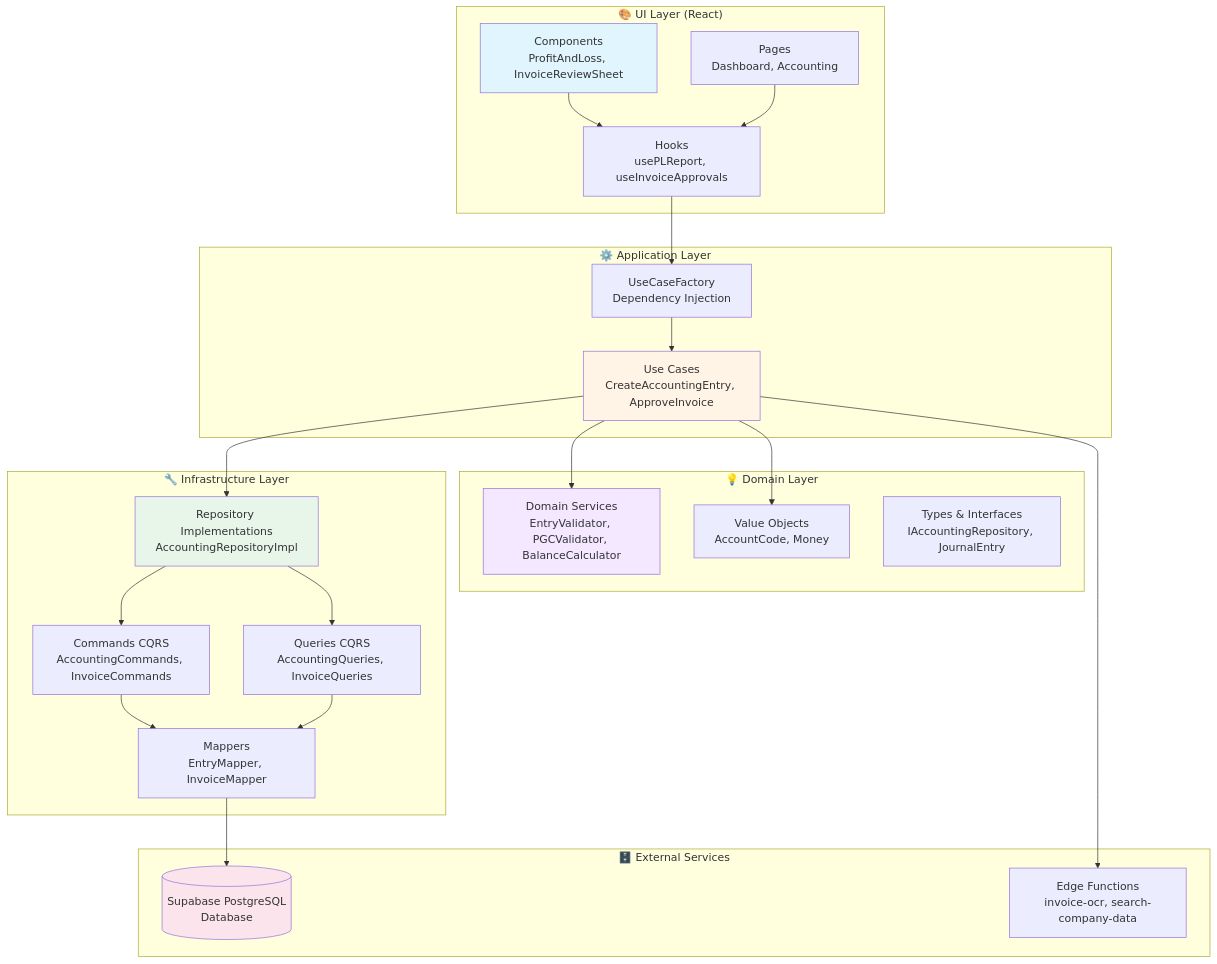
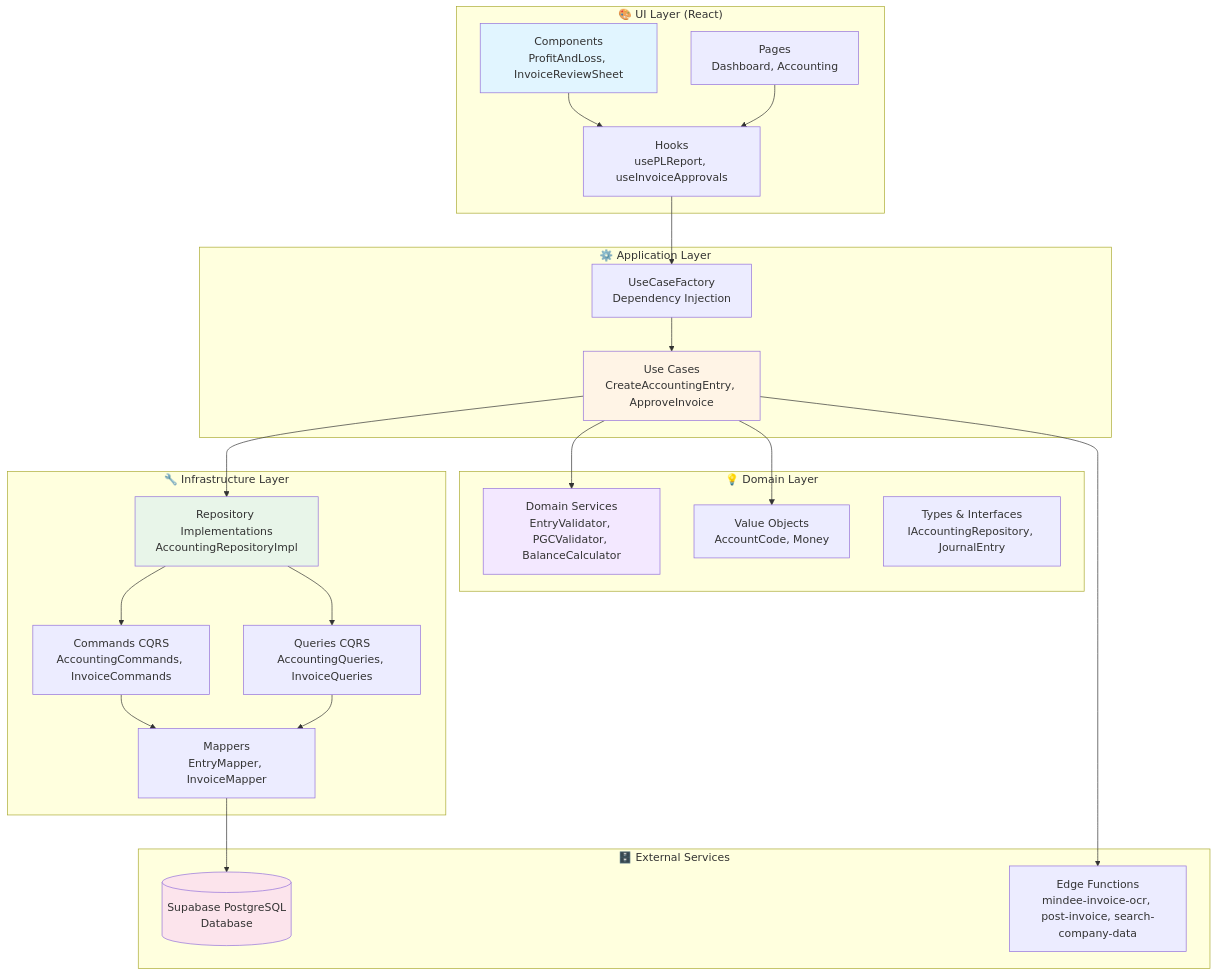
Before and after one commit to GlobalTax/franqui-conta-sync: the first of 2 diagrams in docs/ARCHITECTURE.md, drawn with Mermaid. The commit also changed other lines of this file and 3 other files, not shown here.

````diff
--- a/docs/ARCHITECTURE.md
+++ b/docs/ARCHITECTURE.md
@@ -11,51 +11,51 @@
 ```mermaid
 graph TB
     subgraph "🎨 UI Layer (React)"
         A[Components<br/>ProfitAndLoss, InvoiceReviewSheet]
         B[Hooks<br/>usePLReport, useInvoiceApprovals]
         C[Pages<br/>Dashboard, Accounting]
     end
     
     subgraph "⚙️ Application Layer"
         D[Use Cases<br/>CreateAccountingEntry, ApproveInvoice]
         E[UseCaseFactory<br/>Dependency Injection]
     end
     
     subgraph "💡 Domain Layer"
         F[Domain Services<br/>EntryValidator, PGCValidator, BalanceCalculator]
         G[Value Objects<br/>AccountCode, Money]
         H[Types & Interfaces<br/>IAccountingRepository, JournalEntry]
     end
     
     subgraph "🔧 Infrastructure Layer"
         I[Repository Implementations<br/>AccountingRepositoryImpl]
         J[Commands CQRS<br/>AccountingCommands, InvoiceCommands]
         K[Queries CQRS<br/>AccountingQueries, InvoiceQueries]
         L[Mappers<br/>EntryMapper, InvoiceMapper]
     end
     
     subgraph "🗄️ External Services"
         M[(Supabase PostgreSQL<br/>Database)]
-        N[Edge Functions<br/>invoice-ocr, search-company-data]
+        N[Edge Functions<br/>mindee-invoice-ocr, post-invoice, search-company-data]
     end
     
     A --> B
     B --> E
     C --> B
     E --> D
     D --> F
     D --> G
     D --> I
     I --> J
     I --> K
     J --> L
     K --> L
     L --> M
     D --> N
     
     style A fill:#e1f5ff
     style D fill:#fff4e6
     style F fill:#f3e8ff
     style I fill:#e8f5e9
     style M fill:#fce4ec
 ```
````
